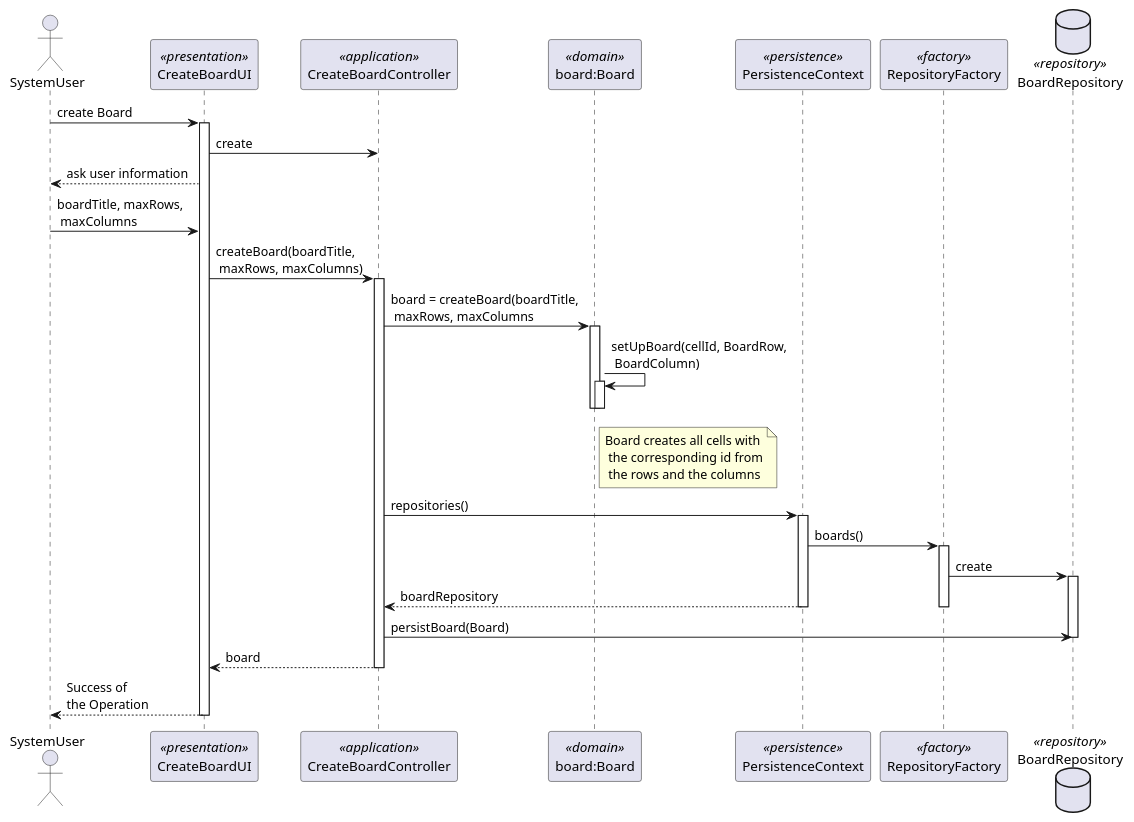
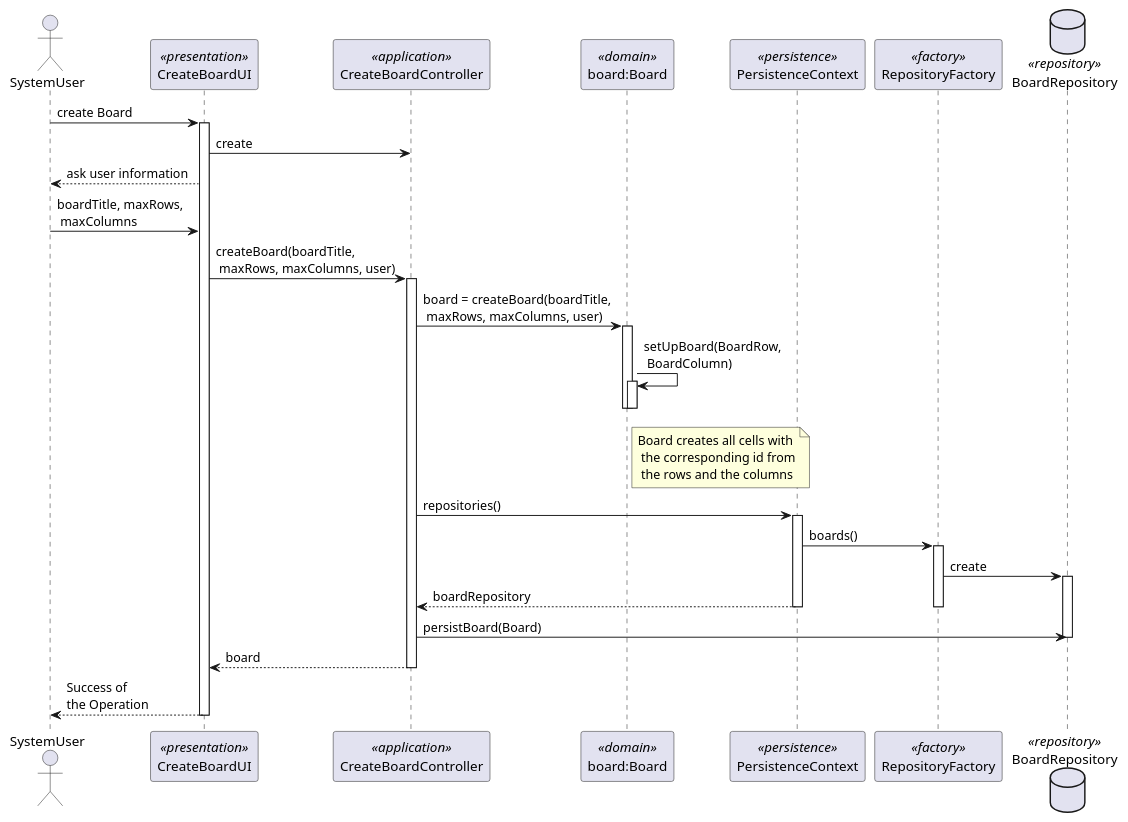
The diagram in docs/us_3002/createBoardSD.puml (jovami/isep-lapr4), drawn with PlantUML before and after one commit. The commit also changed 20 other files, not shown here.

Commit message:
feat(us_3002): columns and rows are now value Objects and add boardOwner

```diff
--- a/docs/us_3002/createBoardSD.puml
+++ b/docs/us_3002/createBoardSD.puml
@@ -1,45 +1,45 @@
 @startuml
 
 skinparam packageStyle rect
 skinparam shadowing false
 
 actor SystemUser as Actor
 participant CreateBoardUI as UI <<presentation>> order 1
 participant CreateBoardController as Controller <<application>> order 2
 participant "board:Board" as Board <<domain>> order 3
 participant PersistenceContext as Persistence <<persistence>> order 4
 participant RepositoryFactory as Fact <<factory>> order 5
 database BoardRepository as Repo <<repository>> order 6
 
 Actor -> UI : create Board
 activate UI
     UI -> Controller : create
     Actor <-- UI : ask user information
     Actor -> UI : boardTitle, maxRows,\n maxColumns
-    UI -> Controller : createBoard(boardTitle,\n maxRows, maxColumns)
+    UI -> Controller : createBoard(boardTitle,\n maxRows, maxColumns, user)
     activate Controller
-    Controller -> Board : board = createBoard(boardTitle,\n maxRows, maxColumns
+    Controller -> Board : board = createBoard(boardTitle,\n maxRows, maxColumns, user)
             activate Board
-            Board -> Board : setUpBoard(cellId, BoardRow,\n BoardColumn)
+            Board -> Board : setUpBoard(BoardRow,\n BoardColumn)
             note right of Board :Board creates all cells with\n the corresponding id from\n the rows and the columns
             activate Board
             deactivate Board
             deactivate Board
                         Controller -> Persistence : repositories()
                         activate Persistence
                         Persistence -> Fact : boards()
                         activate Fact
                             Fact -> Repo : create
                             activate Repo
                             Controller <-- Persistence: boardRepository
                             deactivate Fact
                             deactivate Persistence
         Controller -> Repo : persistBoard(Board)
         deactivate Repo
     UI <-- Controller : board
     deactivate Controller
 Actor <-- UI : Success of \nthe Operation
 deactivate UI
 
 
 @enduml
```
